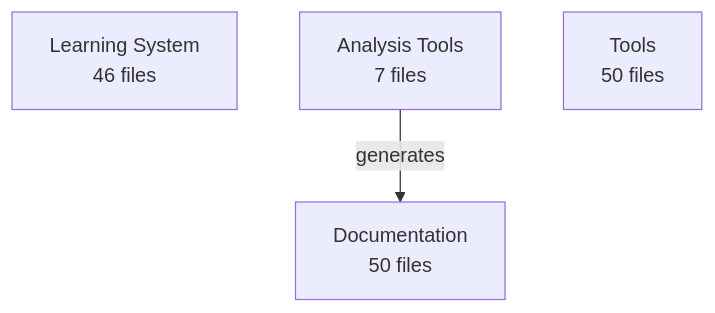
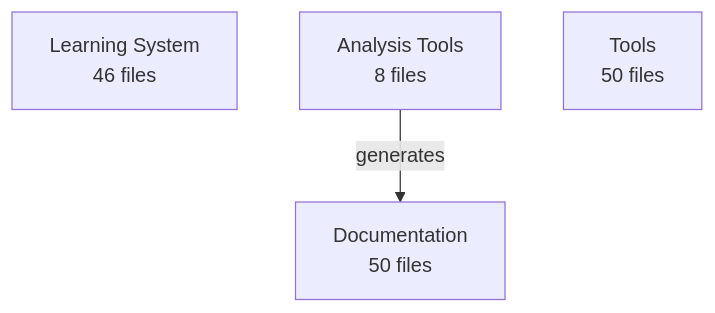
One commit to enufacas/Chained changed the diagram in analysis/architecture/architecture.mmd. Above: the diagram before and after it, drawn with Mermaid. The commit also changed 6 other files, not shown here.

First line of the commit message:
🏗️ Update architecture evolution tracking

```diff
--- a/analysis/architecture/architecture.mmd
+++ b/analysis/architecture/architecture.mmd
@@ -1,6 +1,6 @@
 graph TD
     learning_system[Learning System<br/>46 files]
-    analysis_tools[Analysis Tools<br/>7 files]
+    analysis_tools[Analysis Tools<br/>8 files]
     documentation[Documentation<br/>50 files]
     tools[Tools<br/>50 files]
     analysis_tools -->|generates| documentation
```
